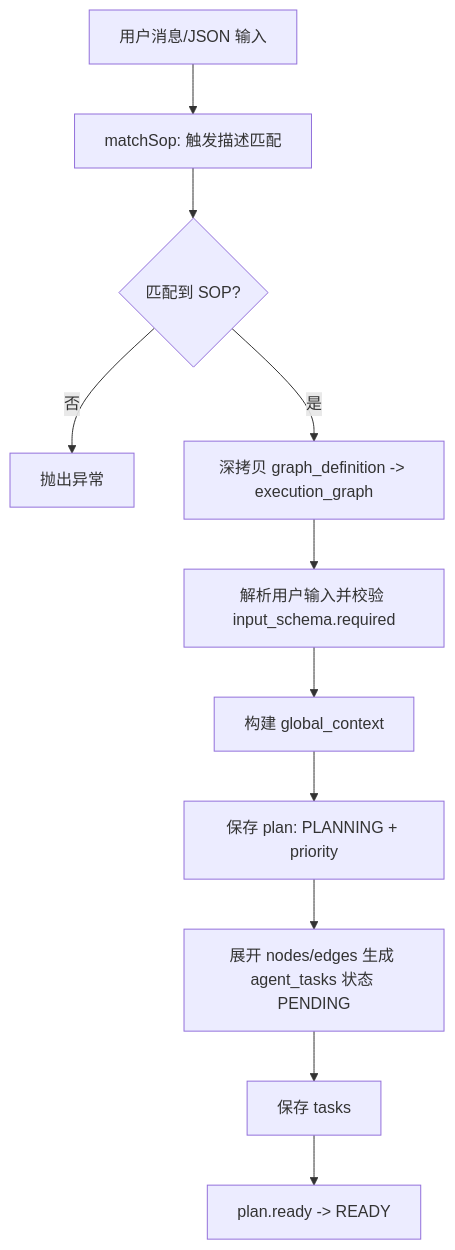
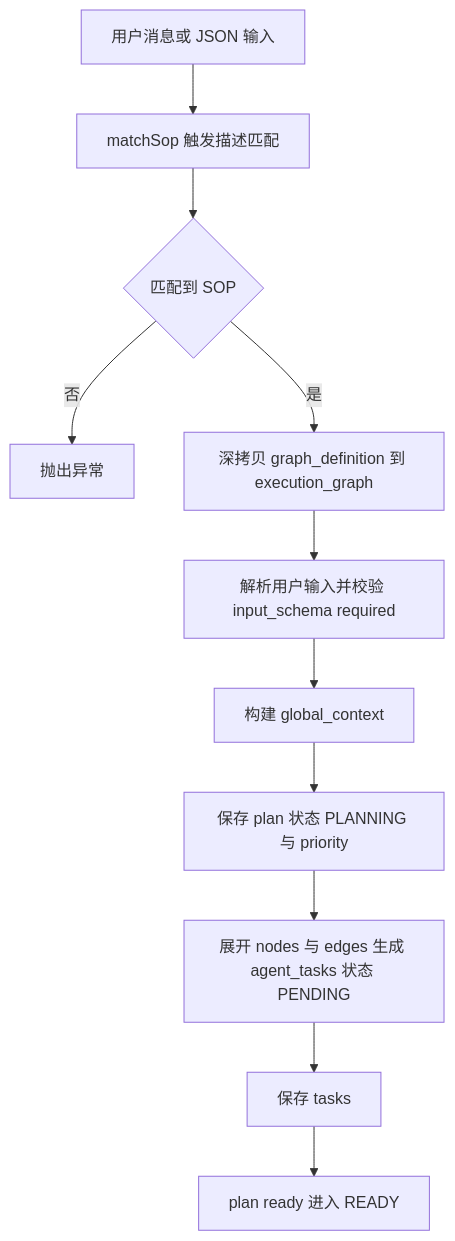
The third of 6 diagrams in README.md (letmetocode/agent), drawn with Mermaid before and after one commit. The commit also changed other lines of this file and 17 other files, not shown here.

````diff
--- a/README.md
+++ b/README.md
@@ -87,13 +87,13 @@
 ```mermaid
 flowchart TD
-    A[用户消息/JSON 输入] --> B[matchSop: 触发描述匹配]
-    B --> C{匹配到 SOP?}
+    A[用户消息或 JSON 输入] --> B[matchSop 触发描述匹配]
+    B --> C{匹配到 SOP}
     C -- 否 --> X[抛出异常]
-    C -- 是 --> D[深拷贝 graph_definition -> execution_graph]
-    D --> E[解析用户输入并校验 input_schema.required]
+    C -- 是 --> D[深拷贝 graph_definition 到 execution_graph]
+    D --> E[解析用户输入并校验 input_schema required]
     E --> F[构建 global_context]
-    F --> G[保存 plan: PLANNING + priority]
-    G --> H[展开 nodes/edges 生成 agent_tasks 状态 PENDING]
+    F --> G[保存 plan 状态 PLANNING 与 priority]
+    G --> H[展开 nodes 与 edges 生成 agent_tasks 状态 PENDING]
     H --> I[保存 tasks]
-    I --> J[plan.ready -> READY]
+    I --> J[plan ready 进入 READY]
 ```
````
